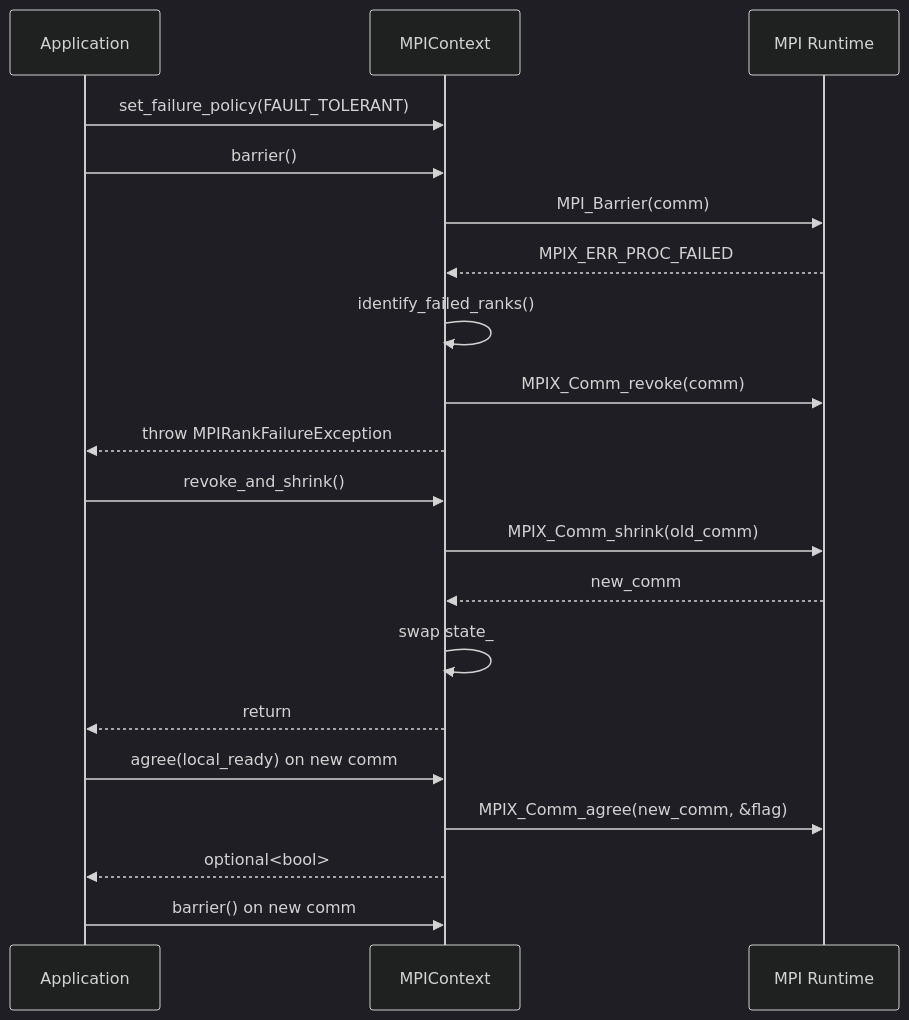
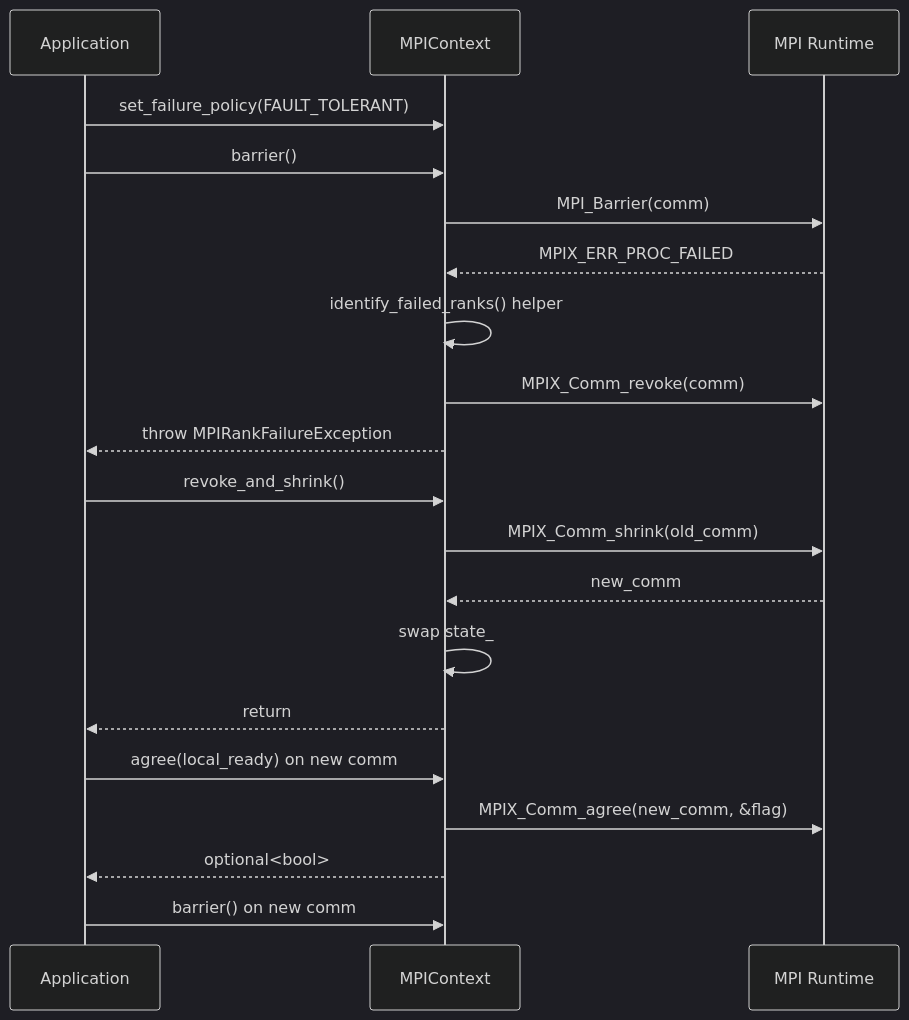
Before and after one commit to tenstorrent/tt-metal: the second of 2 diagrams in ttnn/ttnn/distributed/ULFM.md, drawn with Mermaid (dark theme). The commit also changed other lines of this file and 3 other files, not shown here.

````diff
--- a/ttnn/ttnn/distributed/ULFM.md
+++ b/ttnn/ttnn/distributed/ULFM.md
@@ -244,23 +255,23 @@
 ```mermaid
 sequenceDiagram
     participant App as Application
     participant Ctx as MPIContext
     participant MPI as MPI Runtime
 
     App->>Ctx: set_failure_policy(FAULT_TOLERANT)
     App->>Ctx: barrier()
     Ctx->>MPI: MPI_Barrier(comm)
     MPI-->>Ctx: MPIX_ERR_PROC_FAILED
-    Ctx->>Ctx: identify_failed_ranks()
+    Ctx->>Ctx: identify_failed_ranks() helper
     Ctx->>MPI: MPIX_Comm_revoke(comm)
     Ctx-->>App: throw MPIRankFailureException
     App->>Ctx: revoke_and_shrink()
     Ctx->>MPI: MPIX_Comm_shrink(old_comm)
     MPI-->>Ctx: new_comm
     Ctx->>Ctx: swap state_
     Ctx-->>App: return
     App->>Ctx: agree(local_ready) on new comm
     Ctx->>MPI: MPIX_Comm_agree(new_comm, &flag)
     Ctx-->>App: optional<bool>
     App->>Ctx: barrier() on new comm
 ```
````
